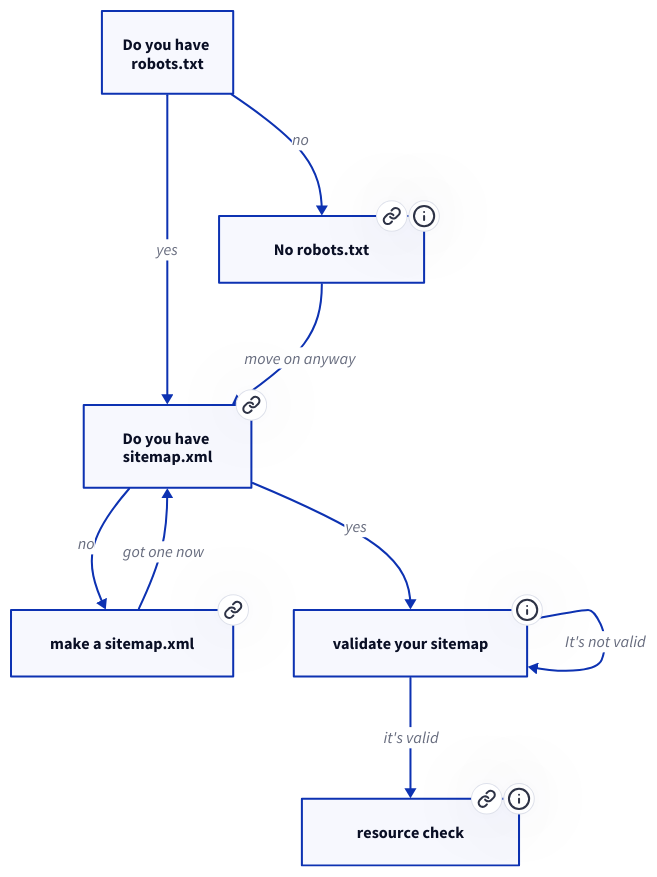
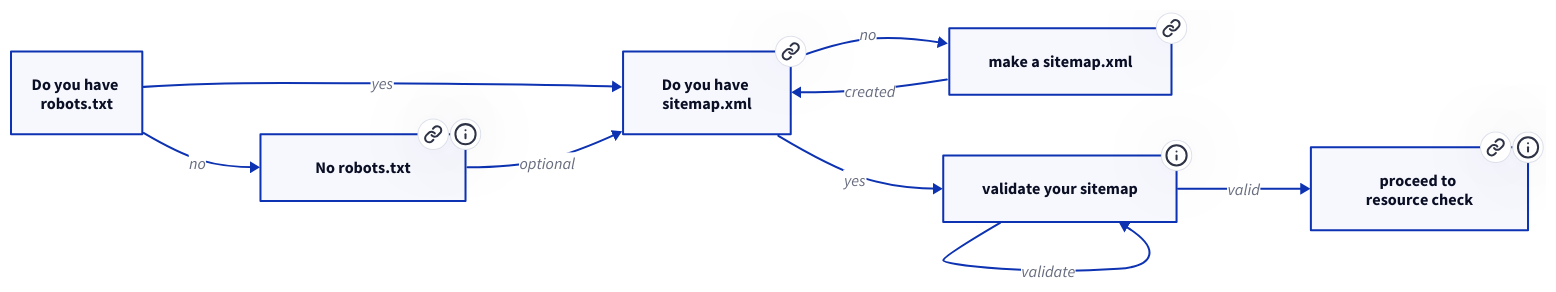
The diagram in docs/decisiontree/decisionTree.d2 (iodepo/odis-arch), drawn with D2 before and after one commit. The commit also changed 4 other files, not shown here.

Commit message:
SPARQL and release graph updates

```diff
--- a/docs/decisiontree/decisionTree.d2
+++ b/docs/decisiontree/decisionTree.d2
@@ -1,37 +1,39 @@
+direction: right
+
 r: Do you have \nrobots.txt {
 }
 
 nr: No robots.txt {
    tooltip:  It's fine, not a big deal
 link: https://book.oceaninfohub.org/publishing/publishing.html#robots-txt
 }
 
 s: Do you have \nsitemap.xml {
   link: https://book.oceaninfohub.org/publishing/publishing.html#sitemap-xml
 }
 
 ns: make a sitemap.xml {
   link: https://book.oceaninfohub.org/publishing/publishing.html#sitemap-xml
 }
 
 vs: validate your sitemap {
   tooltip: We will have a simple sitemap validation \n workflow
 }
 
-rc: resource check {
+rc: proceed to \nresource check {
   link: https://github.com/gleanerio/archetype/blob/master/tooling/bashScrape.md
   tooltip: We will have a simple resource validation \n workflow
 }
 
 
 r -> s: yes
 r -> nr: no
-nr -> s: move on anyway
+nr -> s: optional
 
 s -> ns: no
-ns -> s: got one now
+ns -> s: created
 
 s -> vs: yes
 
-vs -> vs: It's not valid
-vs -> rc: it's valid
+vs -> vs: validate
+vs -> rc: valid
```
